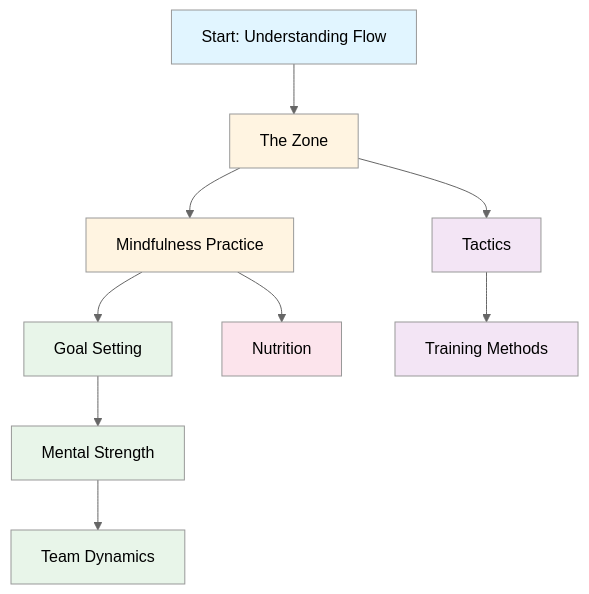
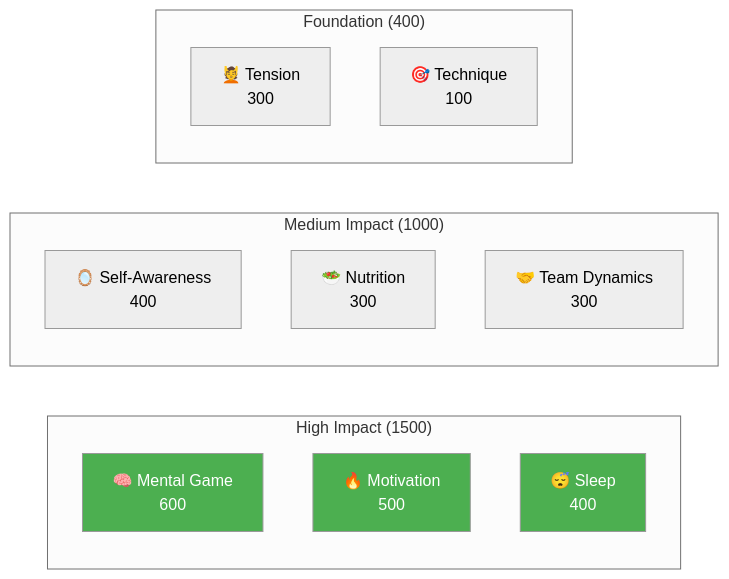
One commit to patwii/petanque-academy changed the diagram in docs/en/education/index.md. Above: the diagram before and after it, drawn with Mermaid (neutral theme). The commit also changed other lines of this file and 1093 other files, not shown here.

````diff
--- a/docs/en/education/index.md
+++ b/docs/en/education/index.md
@@ -19,23 +34,23 @@
 ```mermaid
-graph TD
-    A[Start: Understanding Flow] --> B[The Zone]
-    B --> C[Mindfulness Practice]
-    C --> D[Goal Setting]
-    D --> E[Mental Strength]
-    E --> F[Team Dynamics]
+graph LR
+    subgraph "High Impact (1500)"
+        A[🧠 Mental Game<br/>600]
+        B[🔥 Motivation<br/>500]
+        C[😴 Sleep<br/>400]
+    end
 
-    B --> G[Tactics]
-    G --> H[Training Methods]
+    subgraph "Medium Impact (1000)"
+        D[🪞 Self-Awareness<br/>400]
+        E[🥗 Nutrition<br/>300]
+        F[🤝 Team Dynamics<br/>300]
+    end
 
-    C --> I[Nutrition]
+    subgraph "Foundation (400)"
+        G[💆 Tension<br/>300]
+        H[🎯 Technique<br/>100]
+    end
 
-    style A fill:#e1f5ff
-    style B fill:#fff4e1
-    style C fill:#fff4e1
-    style D fill:#e8f5e9
-    style E fill:#e8f5e9
-    style F fill:#e8f5e9
-    style G fill:#f3e5f5
-    style H fill:#f3e5f5
-    style I fill:#fce4ec
+    style A fill:#4CAF50,color:#fff
+    style B fill:#4CAF50,color:#fff
+    style C fill:#4CAF50,color:#fff
 ```
````
